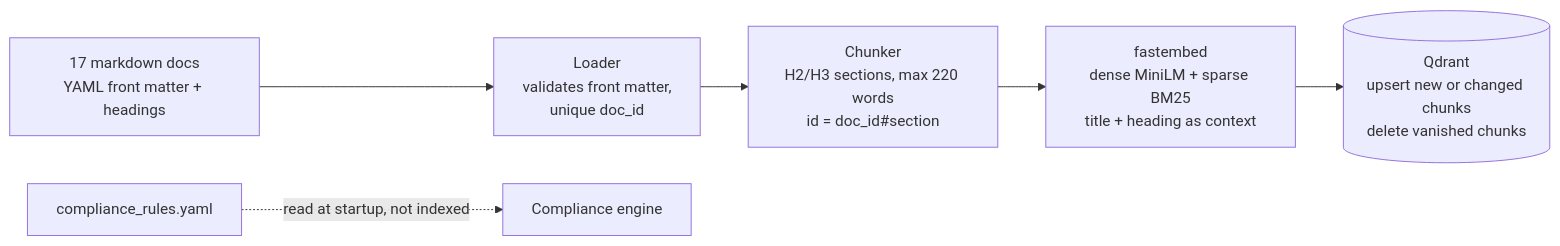
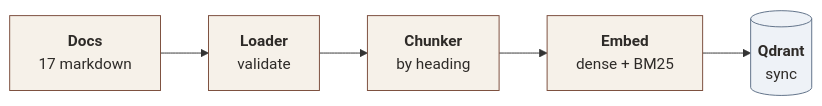
Before and after one commit to NguyenBaPhat/company-brain-rag-agent: the third of 5 diagrams in README.md, drawn with Mermaid. The commit also changed other lines of this file, not shown here.

First line of the commit message:
docs: redraw README architecture diagrams

````diff
--- a/README.md
+++ b/README.md
@@ -87,8 +103,9 @@
 ```mermaid
 flowchart LR
-  KB["17 markdown docs<br/>YAML front matter + headings"] --> LD["Loader<br/>validates front matter,<br/>unique doc_id"]
-  LD --> CH["Chunker<br/>H2/H3 sections, max 220 words<br/>id = doc_id#section"]
-  CH --> EM["fastembed<br/>dense MiniLM + sparse BM25<br/>title + heading as context"]
-  EM --> QD[("Qdrant<br/>upsert new or changed chunks<br/>delete vanished chunks")]
-  RULES["compliance_rules.yaml"] -.->|"read at startup, not indexed"| COMP["Compliance engine"]
+  KB["<b>Docs</b><br/>17 markdown"] --> LD["<b>Loader</b><br/>validate"] --> CH["<b>Chunker</b><br/>by heading"] --> EM["<b>Embed</b><br/>dense + BM25"] --> QD[("<b>Qdrant</b><br/>sync")]
+
+  classDef step fill:#f6f1e9,stroke:#7a4b3a,color:#2e2b28
+  classDef store fill:#eef2f7,stroke:#5d6f86,color:#2e2b28
+  class KB,LD,CH,EM step
+  class QD store
 ```
````
